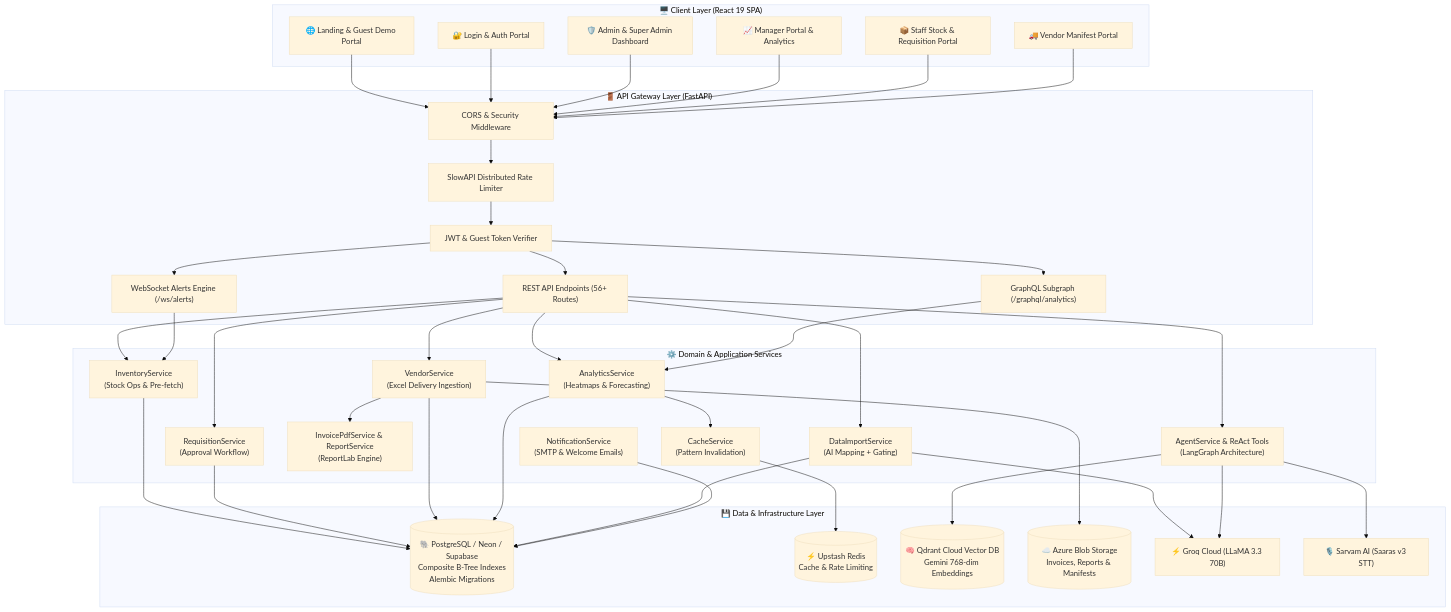
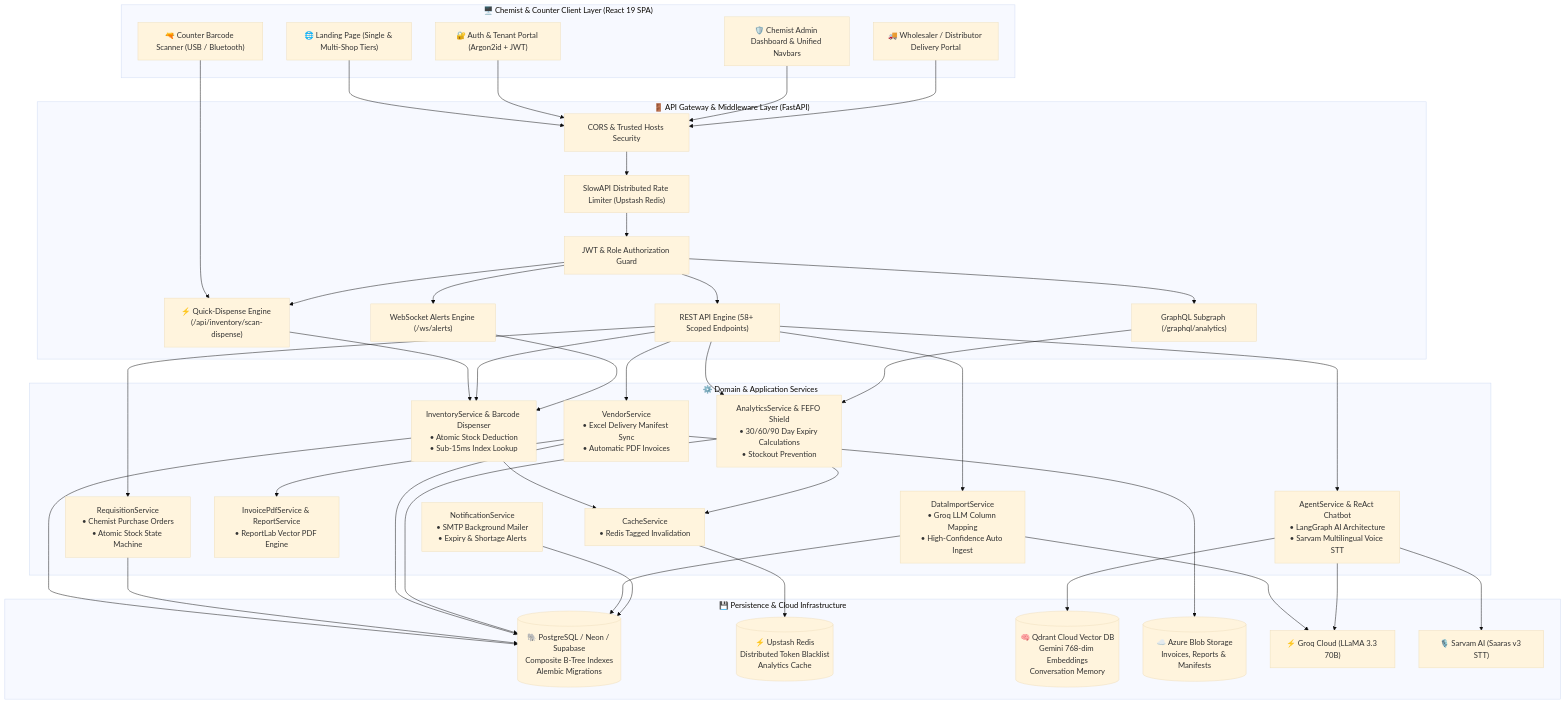
The first of 4 diagrams in README.md (Rohitdas07x/inVIQ), drawn with Mermaid (base theme) before and after one commit. The commit also changed other lines of this file and 4 other files, not shown here.

Commit message:
docs: update system architecture, HLD, API specifications and project documentation for InvIQ smart pharmacy platform

````diff
--- a/README.md
+++ b/README.md
@@ -135,79 +126,81 @@
 ```mermaid
 graph TB
-    subgraph ClientLayer["🖥️ Client Layer (React 19 SPA)"]
-        Landing["🌐 Landing & Guest Demo Portal"]
-        AuthApp["🔐 Login & Auth Portal"]
-        AdminPort["🛡️ Admin & Super Admin Dashboard"]
-        MgrPort["📈 Manager Portal & Analytics"]
-        StaffPort["📦 Staff Stock & Requisition Portal"]
-        VendorPort["🚚 Vendor Manifest Portal"]
+    subgraph ClientLayer["🖥️ Chemist & Counter Client Layer (React 19 SPA)"]
+        Landing["🌐 Landing Page (Single & Multi-Shop Tiers)"]
+        AuthApp["🔐 Auth & Tenant Portal (Argon2id + JWT)"]
+        AdminPort["🛡️ Chemist Admin Dashboard & Unified Navbars"]
+        BarcodeGun["🔫 Counter Barcode Scanner (USB / Bluetooth)"]
+        VendorPort["🚚 Wholesaler / Distributor Delivery Portal"]
     end
 
-    subgraph APIGateway["🚪 API Gateway Layer (FastAPI)"]
-        CORS["CORS & Security Middleware"]
-        Limiter["SlowAPI Distributed Rate Limiter"]
-        AuthMid["JWT & Guest Token Verifier"]
-        REST["REST API Endpoints (56+ Routes)"]
+    subgraph APIGateway["🚪 API Gateway & Middleware Layer (FastAPI)"]
+        CORS["CORS & Trusted Hosts Security"]
+        Limiter["SlowAPI Distributed Rate Limiter (Upstash Redis)"]
+        AuthMid["JWT & Role Authorization Guard"]
+        REST["REST API Engine (58+ Scoped Endpoints)"]
+        ScanAPI["⚡ Quick-Dispense Engine (/api/inventory/scan-dispense)"]
         GQL["GraphQL Subgraph (/graphql/analytics)"]
         WS["WebSocket Alerts Engine (/ws/alerts)"]
     end
 
     subgraph BusinessLayer["⚙️ Domain & Application Services"]
-        InvSvc["InventoryService<br/>(Stock Ops & Pre-fetch)"]
-        AnalyticsSvc["AnalyticsService<br/>(Heatmaps & Forecasting)"]
-        ReqSvc["RequisitionService<br/>(Approval Workflow)"]
-        VendorSvc["VendorService<br/>(Excel Delivery Ingestion)"]
-        ImportSvc["DataImportService<br/>(AI Mapping + Gating)"]
-        PdfSvc["InvoicePdfService & ReportService<br/>(ReportLab Engine)"]
-        NotifySvc["NotificationService<br/>(SMTP & Welcome Emails)"]
-        CacheSvc["CacheService<br/>(Pattern Invalidation)"]
-        AgentSvc["AgentService & ReAct Tools<br/>(LangGraph Architecture)"]
+        InvSvc["InventoryService & Barcode Dispenser<br/>• Atomic Stock Deduction<br/>• Sub-15ms Index Lookup"]
+        AnalyticsSvc["AnalyticsService & FEFO Shield<br/>• 30/60/90 Day Expiry Calculations<br/>• Stockout Prevention"]
+        ReqSvc["RequisitionService<br/>• Chemist Purchase Orders<br/>• Atomic Stock State Machine"]
+        VendorSvc["VendorService<br/>• Excel Delivery Manifest Sync<br/>• Automatic PDF Invoices"]
+        ImportSvc["DataImportService<br/>• Groq LLM Column Mapping<br/>• High-Confidence Auto Ingest"]
+        PdfSvc["InvoicePdfService & ReportService<br/>• ReportLab Vector PDF Engine"]
+        NotifySvc["NotificationService<br/>• SMTP Background Mailer<br/>• Expiry & Shortage Alerts"]
+        CacheSvc["CacheService<br/>• Redis Tagged Invalidation"]
+        AgentSvc["AgentService & ReAct Chatbot<br/>• LangGraph AI Architecture<br/>• Sarvam Multilingual Voice STT"]
     end
 
-    subgraph DataStorage["💾 Data & Infrastructure Layer"]
+    subgraph DataStorage["💾 Persistence & Cloud Infrastructure"]
         PG[("🐘 PostgreSQL / Neon / Supabase<br/>Composite B-Tree Indexes<br/>Alembic Migrations")]
-        Redis[("⚡ Upstash Redis<br/>Cache & Rate Limiting")]
-        Qdrant[("🧠 Qdrant Cloud Vector DB<br/>Gemini 768-dim Embeddings")]
+        Redis[("⚡ Upstash Redis<br/>Distributed Token Blacklist<br/>Analytics Cache")]
+        Qdrant[("🧠 Qdrant Cloud Vector DB<br/>Gemini 768-dim Embeddings<br/>Conversation Memory")]
         Azure[("☁️ Azure Blob Storage<br/>Invoices, Reports & Manifests")]
         Groq["⚡ Groq Cloud (LLaMA 3.3 70B)"]
         Sarvam["🎙️ Sarvam AI (Saaras v3 STT)"]
     end
 
-    %% Client to Gateway
+    %% Client Connections
     Landing --> CORS
     AuthApp --> CORS
     AdminPort --> CORS
-    MgrPort --> CORS
-    StaffPort --> CORS
+    BarcodeGun --> ScanAPI
     VendorPort --> CORS
     CORS --> Limiter --> AuthMid
     AuthMid --> REST
+    AuthMid --> ScanAPI
     AuthMid --> GQL
     AuthMid --> WS
 
     %% Gateway to Business Services
+    ScanAPI --> InvSvc
     REST --> InvSvc
     REST --> AnalyticsSvc
     REST --> ReqSvc
     REST --> VendorSvc
     REST --> ImportSvc
     REST --> AgentSvc
     GQL --> AnalyticsSvc
     WS --> InvSvc
 
     %% Services to Data Storage
     InvSvc --> PG
+    InvSvc --> CacheSvc
     ReqSvc --> PG
     VendorSvc --> PG
     VendorSvc --> PdfSvc
     VendorSvc --> Azure
     AnalyticsSvc --> PG
     AnalyticsSvc --> CacheSvc
     CacheSvc --> Redis
     ImportSvc --> Groq
     ImportSvc --> PG
     AgentSvc --> Groq
     AgentSvc --> Qdrant
     AgentSvc --> Sarvam
     NotifySvc --> PG
 ```
````
